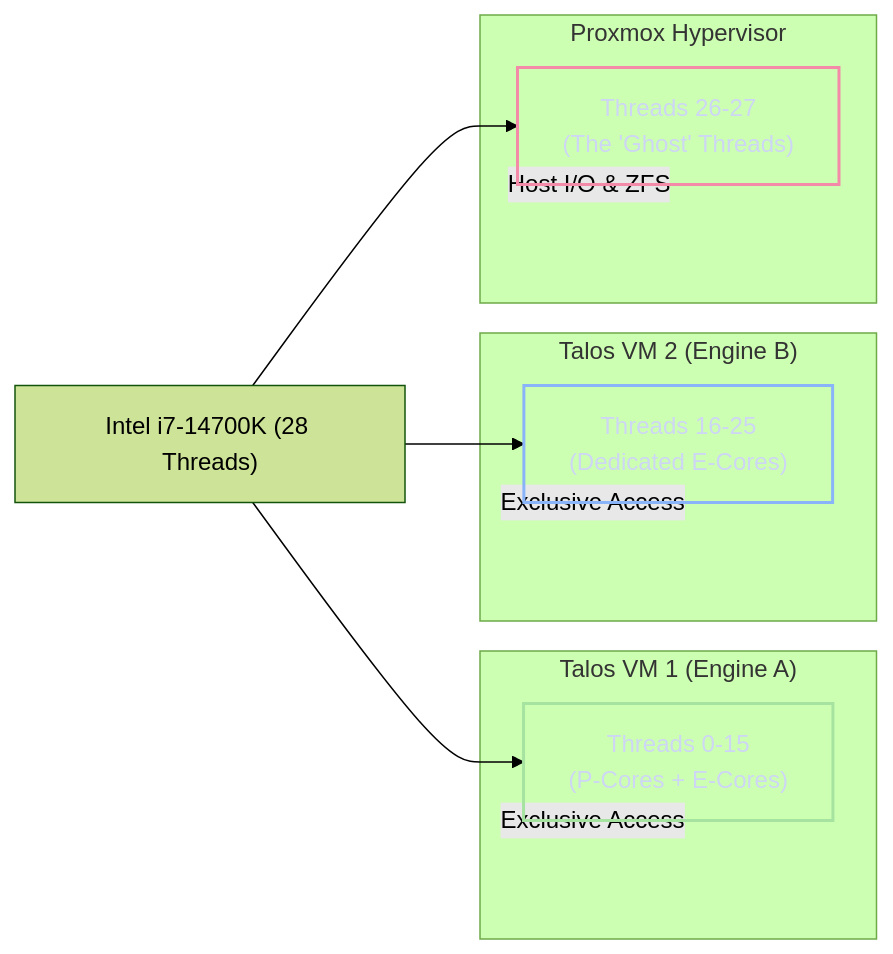
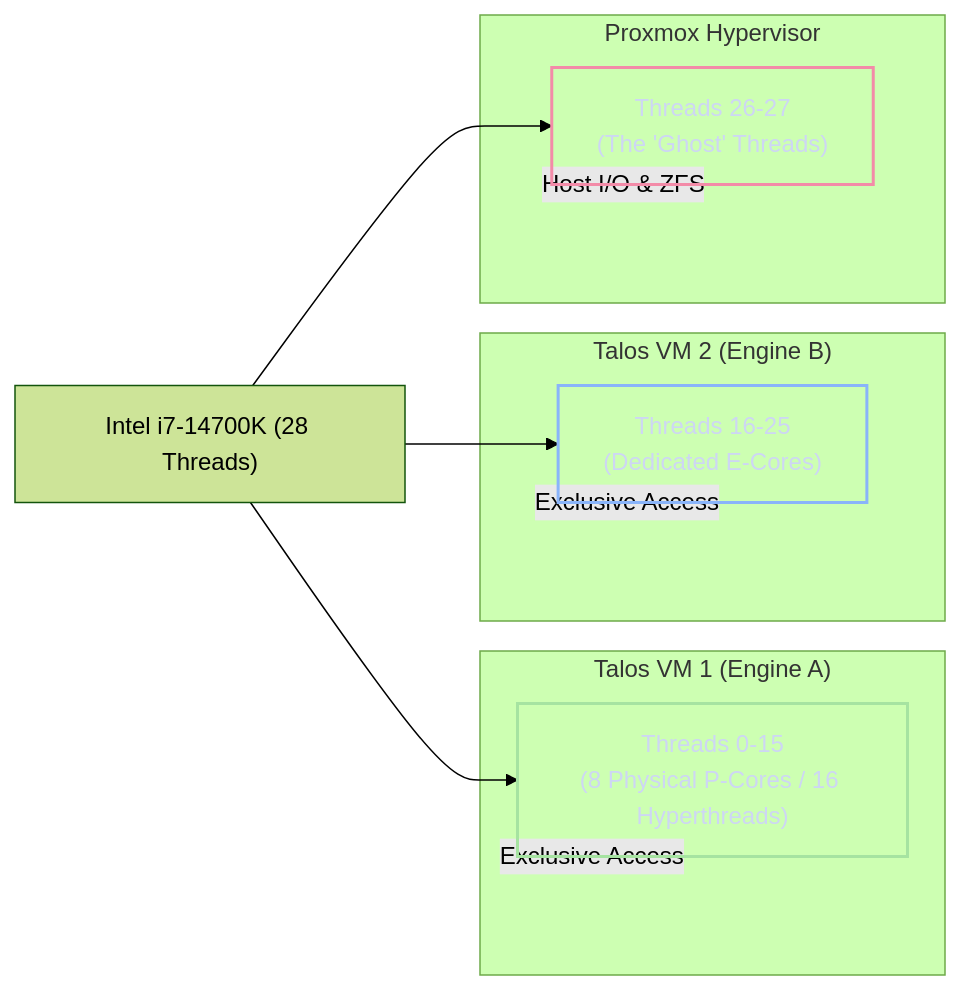
The diagram in docs/03. Proxmox Kernel & Hypervisor Optimization.md (foersben/janus-synapse-edge), drawn with Mermaid (forest theme) before and after one commit. The commit also changed 3 other files, not shown here.

Commit message:
Resolve final five structural architectural and network flaws

````diff
--- a/docs/03. Proxmox Kernel & Hypervisor Optimization.md
+++ b/docs/03. Proxmox Kernel & Hypervisor Optimization.md
@@ -86,29 +86,29 @@
 ```mermaid
 flowchart LR
     %% CPU Isolation Architecture
     classDef ecore fill:transparent,stroke:#89b4fa,stroke-width:2px,color:#cdd6f4
     classDef pcore fill:transparent,stroke:#a6e3a1,stroke-width:2px,color:#cdd6f4
     classDef host fill:transparent,stroke:#f38ba8,stroke-width:2px,color:#cdd6f4
 
     CPU["Intel i7-14700K (28 Threads)"]
 
     subgraph VM1["Talos VM 1 (Engine A)"]
-        T0_15["Threads 0-15<br/>(P-Cores + E-Cores)"]:::pcore
+        T0_15["Threads 0-15<br/>(8 Physical P-Cores / 16 Hyperthreads)"]:::pcore
     end
 
     subgraph VM2["Talos VM 2 (Engine B)"]
         T16_25["Threads 16-25<br/>(Dedicated E-Cores)"]:::ecore
     end
 
     subgraph HostOS["Proxmox Hypervisor"]
         T26_27["Threads 26-27<br/>(The 'Ghost' Threads)"]:::host
     end
 
     CPU --> T0_15
     CPU --> T16_25
     CPU --> T26_27
 
     T0_15 -. "Exclusive Access" .-> VM1
     T16_25 -. "Exclusive Access" .-> VM2
     T26_27 -. "Host I/O & ZFS" .-> HostOS
 ```
````
